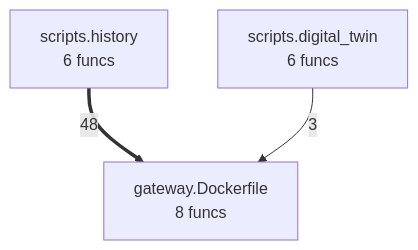
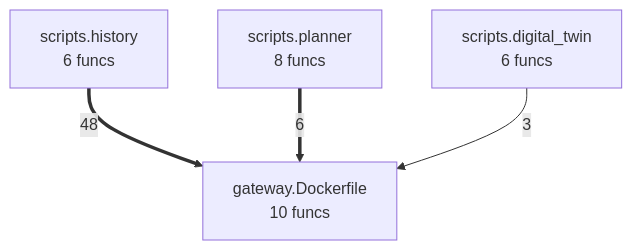
One commit to paxlet-com/taskand changed the diagram in project/compact_flow.mmd. Above: the diagram before and after it, drawn with Mermaid. The commit also changed 76 other files, not shown here.

```diff
--- a/project/compact_flow.mmd
+++ b/project/compact_flow.mmd
@@ -1,7 +1,9 @@
 flowchart TD
-%% generated in 0.00s
-    gateway__Dockerfile["gateway.Dockerfile<br/>8 funcs"]
+%% generated in 0.02s
+    gateway__Dockerfile["gateway.Dockerfile<br/>10 funcs"]
     scripts__digital_twin["scripts.digital_twin<br/>6 funcs"]
     scripts__history["scripts.history<br/>6 funcs"]
+    scripts__planner["scripts.planner<br/>8 funcs"]
     scripts__history ==>|48| gateway__Dockerfile
+    scripts__planner ==>|6| gateway__Dockerfile
     scripts__digital_twin -->|3| gateway__Dockerfile
```
